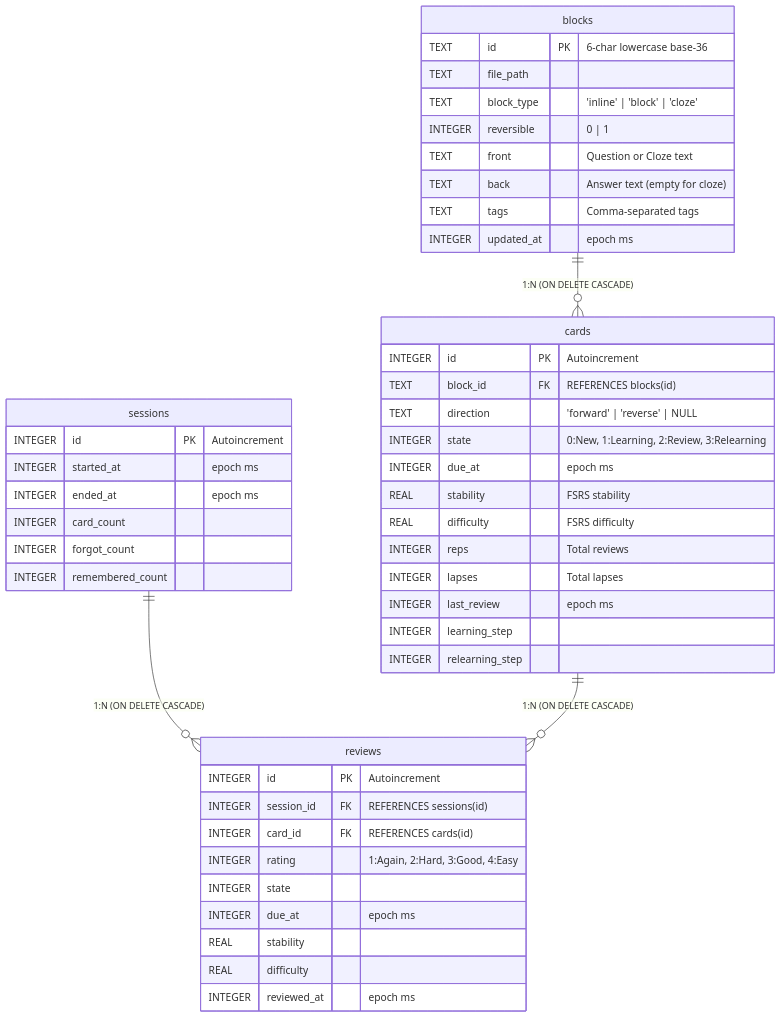
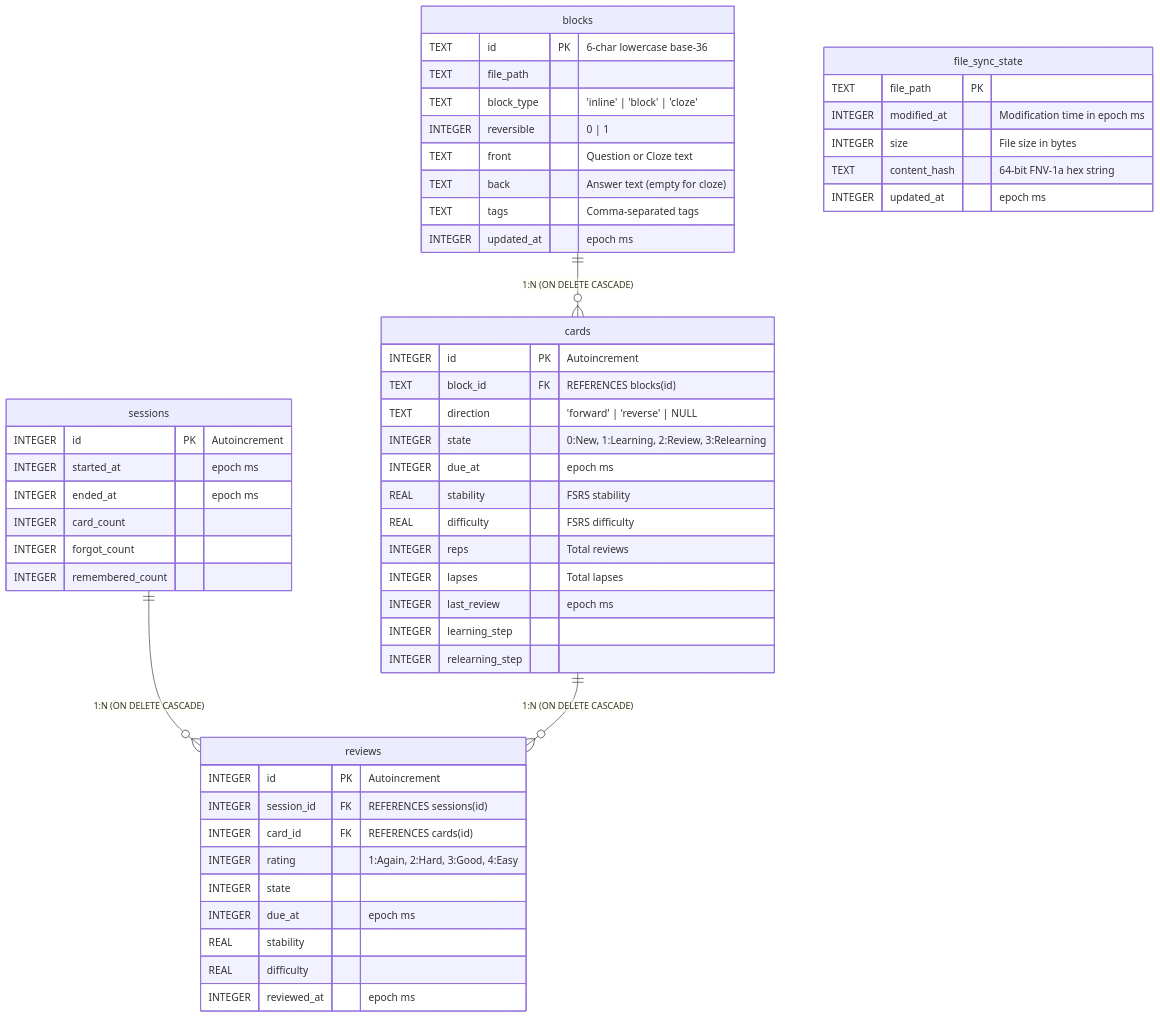
One commit to talal/obsidian-plugins changed the second of 7 diagrams in plugins/flashcards/ARCHITECTURE.md. Above: the diagram before and after it, drawn with Mermaid. The commit also changed other lines of this file and 8 other files, not shown here.

````diff
--- a/plugins/flashcards/ARCHITECTURE.md
+++ b/plugins/flashcards/ARCHITECTURE.md
@@ -175,53 +175,61 @@
 ```mermaid
 erDiagram
     blocks ||--o{ cards : "1:N (ON DELETE CASCADE)"
     sessions ||--o{ reviews : "1:N (ON DELETE CASCADE)"
     cards ||--o{ reviews : "1:N (ON DELETE CASCADE)"
 
     blocks {
         TEXT id PK "6-char lowercase base-36"
         TEXT file_path
         TEXT block_type "'inline' | 'block' | 'cloze'"
         INTEGER reversible "0 | 1"
         TEXT front "Question or Cloze text"
         TEXT back "Answer text (empty for cloze)"
         TEXT tags "Comma-separated tags"
         INTEGER updated_at "epoch ms"
     }
 
     cards {
         INTEGER id PK "Autoincrement"
         TEXT block_id FK "REFERENCES blocks(id)"
         TEXT direction "'forward' | 'reverse' | NULL"
         INTEGER state "0:New, 1:Learning, 2:Review, 3:Relearning"
         INTEGER due_at "epoch ms"
         REAL stability "FSRS stability"
         REAL difficulty "FSRS difficulty"
         INTEGER reps "Total reviews"
         INTEGER lapses "Total lapses"
         INTEGER last_review "epoch ms"
         INTEGER learning_step
         INTEGER relearning_step
     }
 
     sessions {
         INTEGER id PK "Autoincrement"
         INTEGER started_at "epoch ms"
         INTEGER ended_at "epoch ms"
         INTEGER card_count
         INTEGER forgot_count
         INTEGER remembered_count
     }
 
     reviews {
         INTEGER id PK "Autoincrement"
         INTEGER session_id FK "REFERENCES sessions(id)"
         INTEGER card_id FK "REFERENCES cards(id)"
         INTEGER rating "1:Again, 2:Hard, 3:Good, 4:Easy"
         INTEGER state
         INTEGER due_at "epoch ms"
         REAL stability
         REAL difficulty
         INTEGER reviewed_at "epoch ms"
     }
+
+    file_sync_state {
+        TEXT file_path PK
+        INTEGER modified_at "Modification time in epoch ms"
+        INTEGER size "File size in bytes"
+        TEXT content_hash "64-bit FNV-1a hex string"
+        INTEGER updated_at "epoch ms"
+    }
 ```
````
